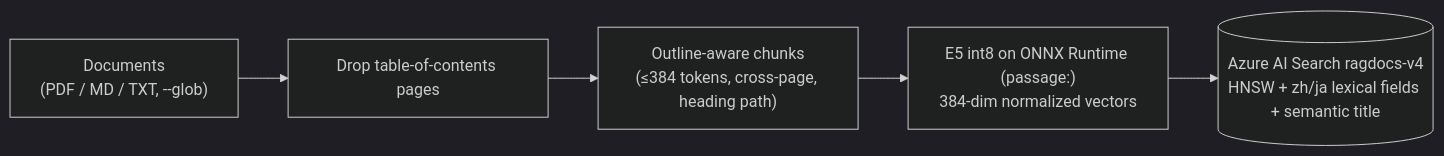
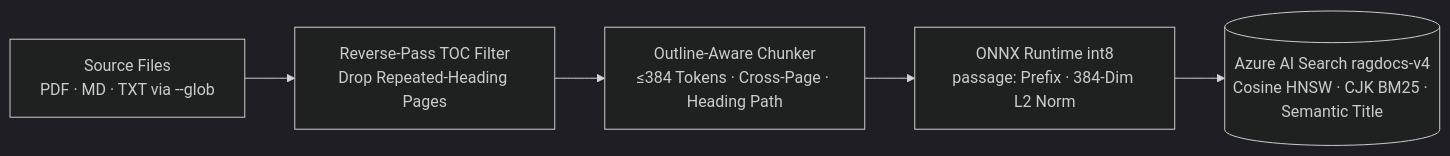
One commit to workHMZ/aca-ghcr-cicd-lab changed the second of 9 diagrams in README.md. Above: the diagram before and after it, drawn with Mermaid (dark theme). The commit also changed other lines of this file and 1 other file, not shown here.

````diff
--- a/README.md
+++ b/README.md
@@ -124,7 +153,7 @@
 ```mermaid
 flowchart LR
-    Docs["Documents<br/>(PDF / MD / TXT, --glob)"] --> TOC["Drop table-of-contents pages"]
-    TOC --> Chunk["Outline-aware chunks<br/>(≤384 tokens, cross-page, heading path)"]
-    Chunk --> Embed["E5 int8 on ONNX Runtime (passage:)<br/>384-dim normalized vectors"]
-    Embed --> Index[("Azure AI Search ragdocs-v4<br/>HNSW + zh/ja lexical fields + semantic title")]
+    Docs["Source Files<br/>PDF · MD · TXT via --glob"] --> TOC["Reverse-Pass TOC Filter<br/>Drop Repeated-Heading Pages"]
+    TOC --> Chunk["Outline-Aware Chunker<br/>≤384 Tokens · Cross-Page · Heading Path"]
+    Chunk --> Embed["ONNX Runtime int8<br/>passage: Prefix · 384-Dim L2 Norm"]
+    Embed --> Index[("Azure AI Search ragdocs-v4<br/>Cosine HNSW · CJK BM25 · Semantic Title")]
 ```
````
